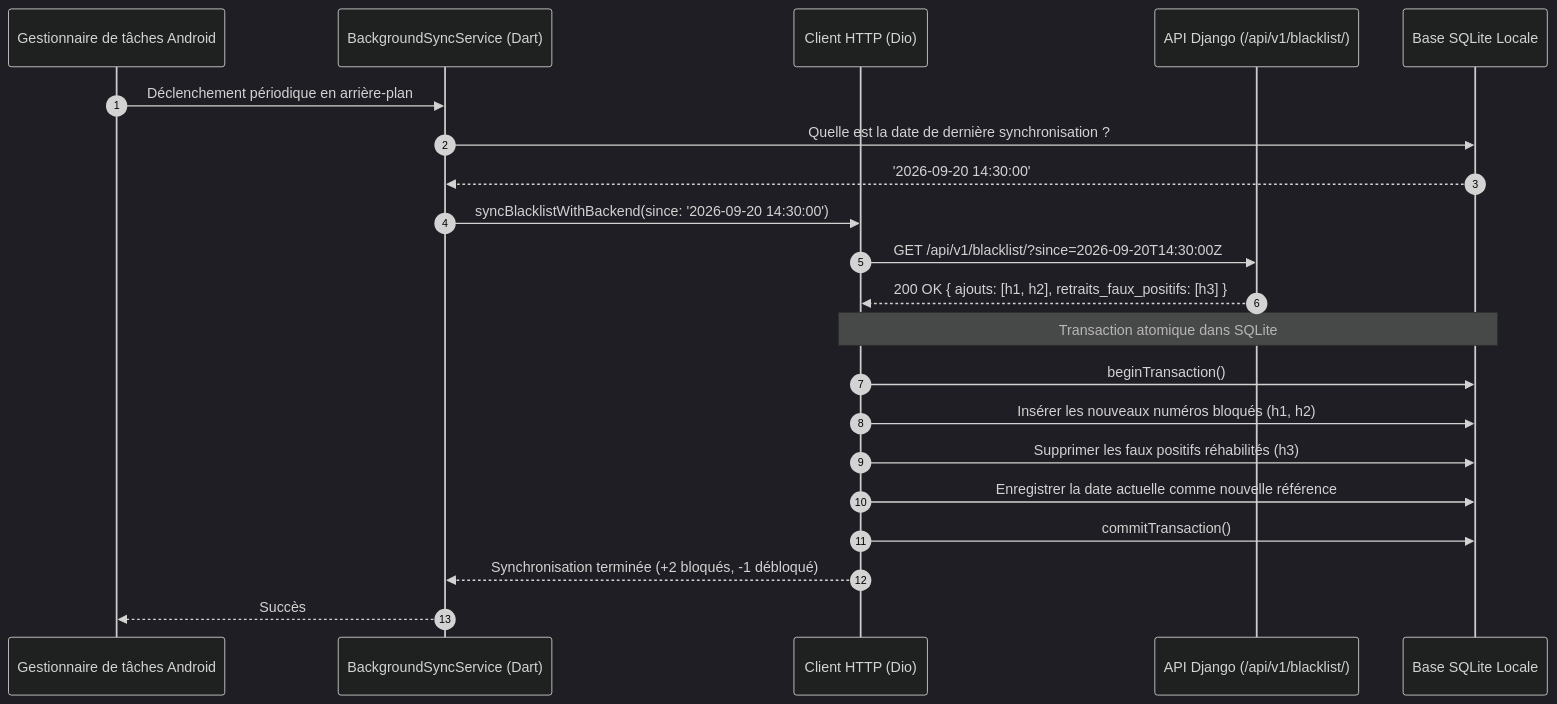
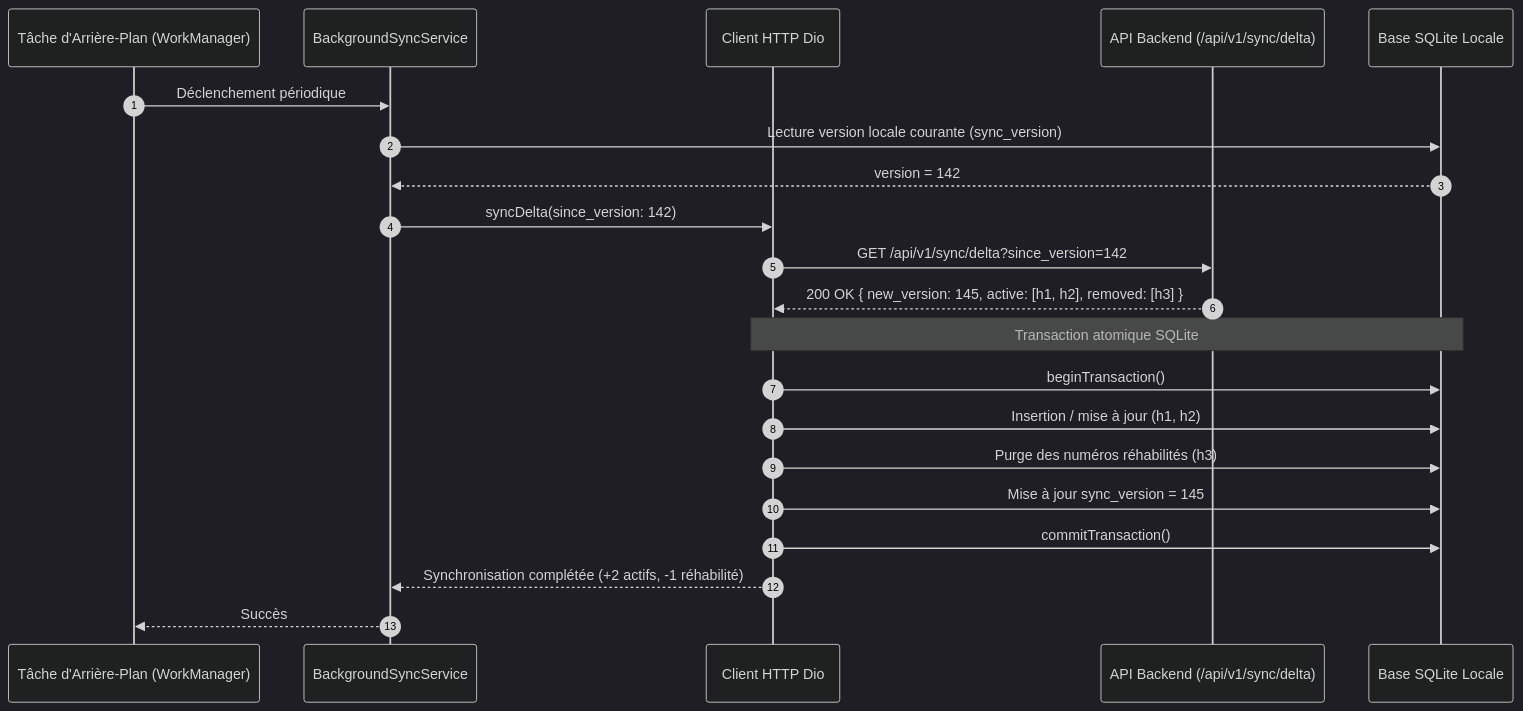
One commit to fadelilyas01/Projet-Synth-se changed the fifth of 7 diagrams in docs/ARCHITECTURE_ET_CONCEPTION.md. Above: the diagram before and after it, drawn with Mermaid (dark theme). The commit also changed other lines of this file and 13 other files, not shown here.

````diff
--- a/docs/ARCHITECTURE_ET_CONCEPTION.md
+++ b/docs/ARCHITECTURE_ET_CONCEPTION.md
@@ -305,27 +299,27 @@
 ```mermaid
 sequenceDiagram
     autonumber
-    participant Workmanager as Gestionnaire de tâches Android
-    participant SyncService as BackgroundSyncService (Dart)
-    participant ApiService as Client HTTP (Dio)
-    participant DjangoAPI as API Django (/api/v1/blacklist/)
+    participant Scheduler as Tâche d'Arrière-Plan (WorkManager)
+    participant SyncService as BackgroundSyncService
+    participant ApiService as Client HTTP Dio
+    participant DjangoAPI as API Backend (/api/v1/sync/delta)
     participant LocalDB as Base SQLite Locale
 
-    Workmanager->>SyncService: Déclenchement périodique en arrière-plan
-    SyncService->>LocalDB: Quelle est la date de dernière synchronisation ?
-    LocalDB-->>SyncService: '2026-09-20 14:30:00'
+    Scheduler->>SyncService: Déclenchement périodique
+    SyncService->>LocalDB: Lecture version locale courante (sync_version)
+    LocalDB-->>SyncService: version = 142
     
-    SyncService->>ApiService: syncBlacklistWithBackend(since: '2026-09-20 14:30:00')
-    ApiService->>DjangoAPI: GET /api/v1/blacklist/?since=2026-09-20T14:30:00Z
-    DjangoAPI-->>ApiService: 200 OK { ajouts: [h1, h2], retraits_faux_positifs: [h3] }
+    SyncService->>ApiService: syncDelta(since_version: 142)
+    ApiService->>DjangoAPI: GET /api/v1/sync/delta?since_version=142
+    DjangoAPI-->>ApiService: 200 OK { new_version: 145, active: [h1, h2], removed: [h3] }
     
-    Note over ApiService,LocalDB: Transaction atomique dans SQLite
+    Note over ApiService,LocalDB: Transaction atomique SQLite
     ApiService->>LocalDB: beginTransaction()
-    ApiService->>LocalDB: Insérer les nouveaux numéros bloqués (h1, h2)
-    ApiService->>LocalDB: Supprimer les faux positifs réhabilités (h3)
-    ApiService->>LocalDB: Enregistrer la date actuelle comme nouvelle référence
+    ApiService->>LocalDB: Insertion / mise à jour (h1, h2)
+    ApiService->>LocalDB: Purge des numéros réhabilités (h3)
+    ApiService->>LocalDB: Mise à jour sync_version = 145
     ApiService->>LocalDB: commitTransaction()
     
-    ApiService-->>SyncService: Synchronisation terminée (+2 bloqués, -1 débloqué)
-    SyncService-->>Workmanager: Succès
+    ApiService-->>SyncService: Synchronisation complétée (+2 actifs, -1 réhabilité)
+    SyncService-->>Scheduler: Succès
 ```
````
